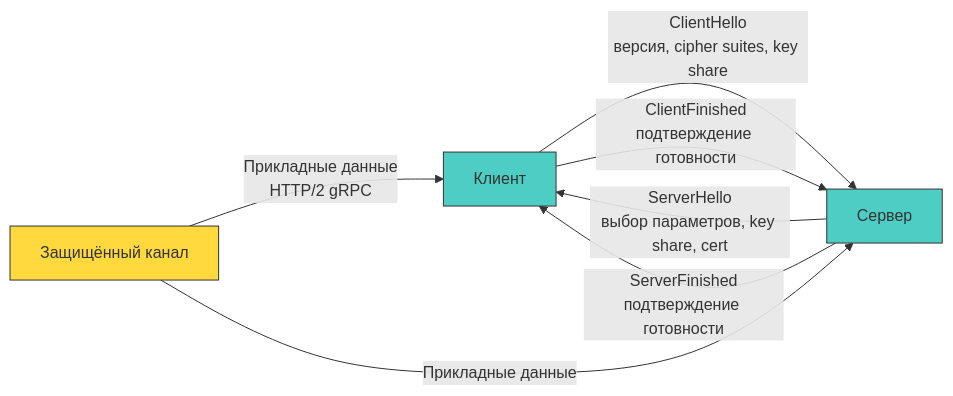
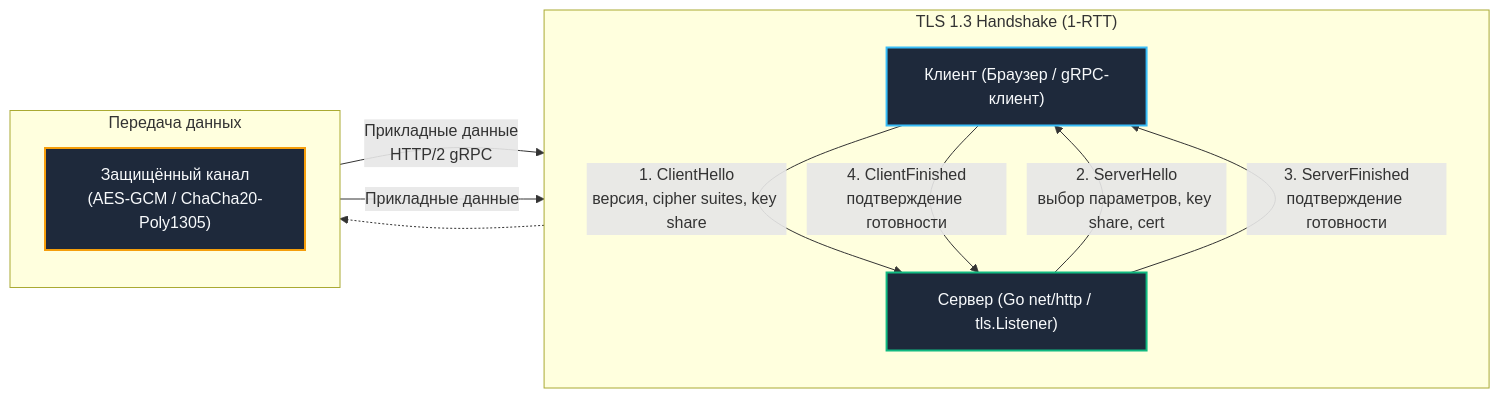
Before and after one commit to UnrealTemplier/go-textbook: the diagram in sources/17. Безопасность (AppSec в Go)/03. Криптография/3. TLS и HTTPS под капотом.md, drawn with Mermaid. The commit also changed other lines of this file, not shown here.

Commit message:
feat(module-17): editorial rewrite of 03.3 TLS and HTTPS in Kernighan style

````diff
--- a/sources/17. Безопасность (AppSec в Go)/03. Криптография/3. TLS и HTTPS под капотом.md
+++ b/sources/17. Безопасность (AppSec в Go)/03. Криптография/3. TLS и HTTPS под капотом.md
@@ -5,12 +16,26 @@
 ```mermaid
 flowchart LR
-A["Клиент"]-->|"ClientHello<br>версия, cipher suites, key share"|B["Сервер"]
-B-->|"ServerHello<br>выбор параметров, key share, cert"|A
-B-->|"ServerFinished<br>подтверждение готовности"|A
-A-->|"ClientFinished<br>подтверждение готовности"|B
-C["Защищённый канал"]-->|"Прикладные данные<br>HTTP/2 gRPC"|A
-C-->|"Прикладные данные"|B
-style A fill:#4ecdc4,stroke:#333
-style B fill:#4ecdc4,stroke:#333
-style C fill:#ffd93d,stroke:#333
+    subgraph Handshake["TLS 1.3 Handshake (1-RTT)"]
+        direction TB
+        C["Клиент (Браузер / gRPC-клиент)"]
+        S["Сервер (Go net/http / tls.Listener)"]
+        
+        C -->|"1. ClientHello<br/>версия, cipher suites, key share"| S
+        S -->|"2. ServerHello<br/>выбор параметров, key share, cert"| C
+        S -->|"3. ServerFinished<br/>подтверждение готовности"| C
+        C -->|"4. ClientFinished<br/>подтверждение готовности"| S
+    end
+
+    subgraph DataTransfer["Передача данных"]
+        direction TB
+        SecChan["Защищённый канал<br/>(AES-GCM / ChaCha20-Poly1305)"]
+        SecChan -->|"Прикладные данные<br/>HTTP/2 gRPC"| C
+        SecChan -->|"Прикладные данные"| S
+    end
+
+    Handshake -.-> DataTransfer
+
+    style C fill:#1e293b,stroke:#38bdf8,stroke-width:2px,color:#f8fafc
+    style S fill:#1e293b,stroke:#10b981,stroke-width:2px,color:#f8fafc
+    style SecChan fill:#1e293b,stroke:#f59e0b,stroke-width:2px,color:#f8fafc
 ```
````
